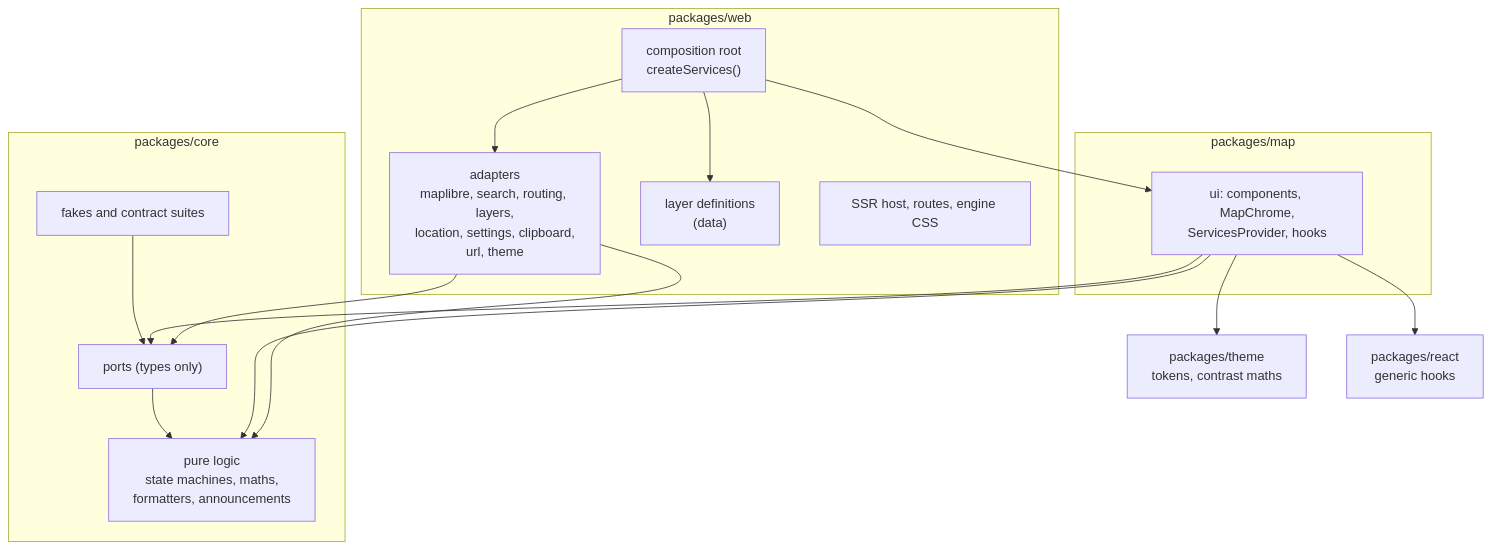
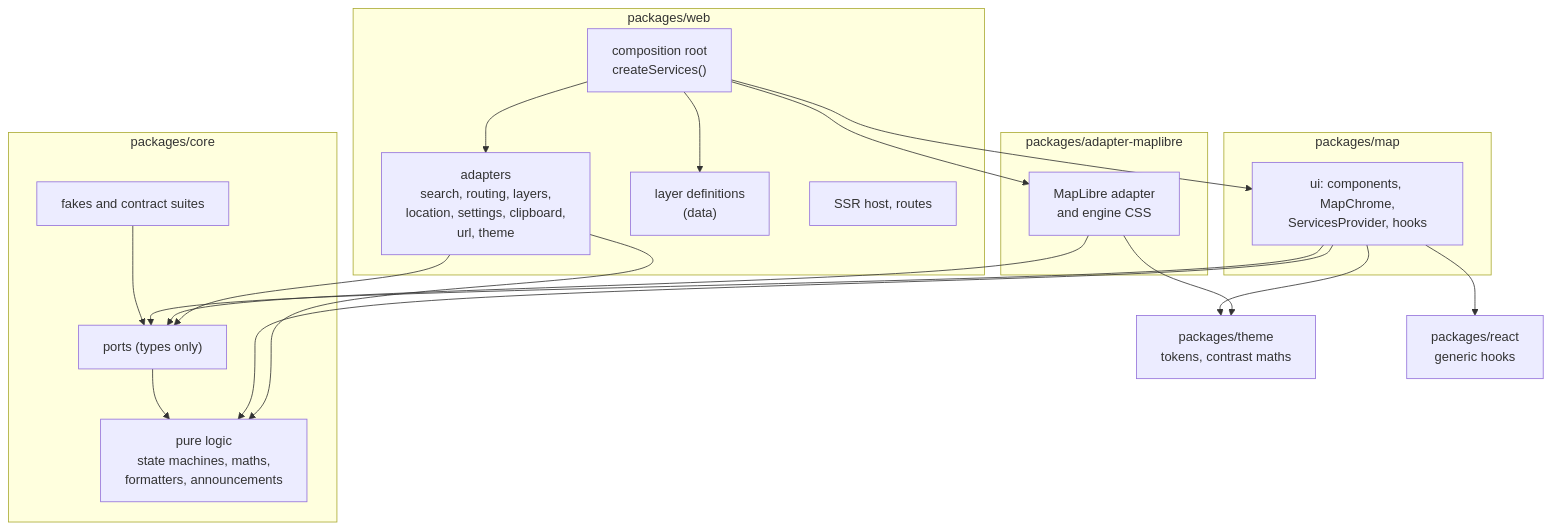
The diagram in ARCHITECTURE.md (MapCairn/mapcairn), drawn with Mermaid before and after one commit. The commit also changed other lines of this file and 85 other files, not shown here.

````diff
--- a/ARCHITECTURE.md
+++ b/ARCHITECTURE.md
@@ -5,30 +5,36 @@
 ```mermaid
 flowchart TD
   subgraph web["packages/web"]
     root["composition root<br/>createServices()"]
-    adapters["adapters<br/>maplibre, search, routing, layers,<br/>location, settings, clipboard,<br/>url, theme"]
+    adapters["adapters<br/>search, routing, layers,<br/>location, settings, clipboard,<br/>url, theme"]
     definitions["layer definitions<br/>(data)"]
-    host["SSR host, routes, engine CSS"]
+    host["SSR host, routes"]
+  end
+  subgraph maplibre["packages/adapter-maplibre"]
+    engine["MapLibre adapter<br/>and engine CSS"]
   end
   subgraph map["packages/map"]
     ui["ui: components, MapChrome,<br/>ServicesProvider, hooks"]
   end
   subgraph core["packages/core"]
     ports["ports (types only)"]
     logic["pure logic<br/>state machines, maths,<br/>formatters, announcements"]
     fakes["fakes and contract suites"]
   end
   theme["packages/theme<br/>tokens, contrast maths"]
   react["packages/react<br/>generic hooks"]
   root --> adapters
+  root --> engine
   root --> definitions
   root --> ui
   adapters --> ports
   adapters --> logic
+  engine --> ports
+  engine --> theme
   ui --> ports
   ui --> logic
   ui --> theme
   ui --> react
   ports --> logic
   fakes --> ports
 ```
````
